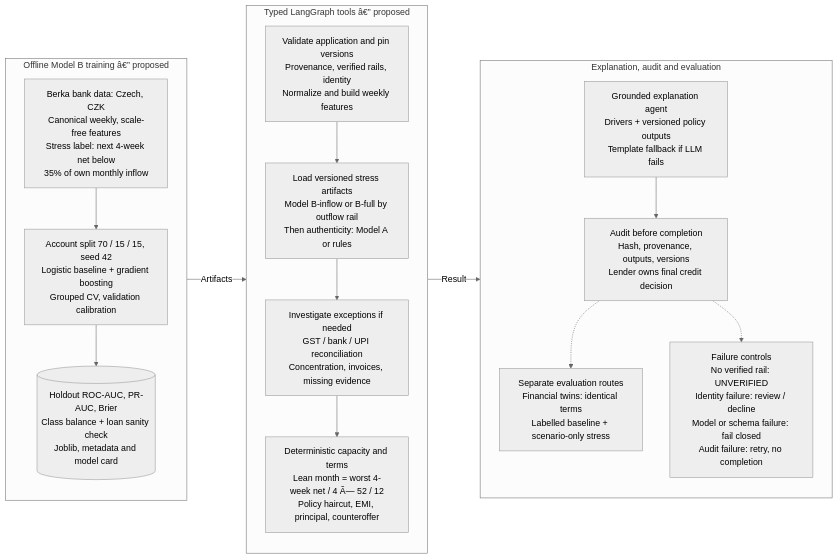
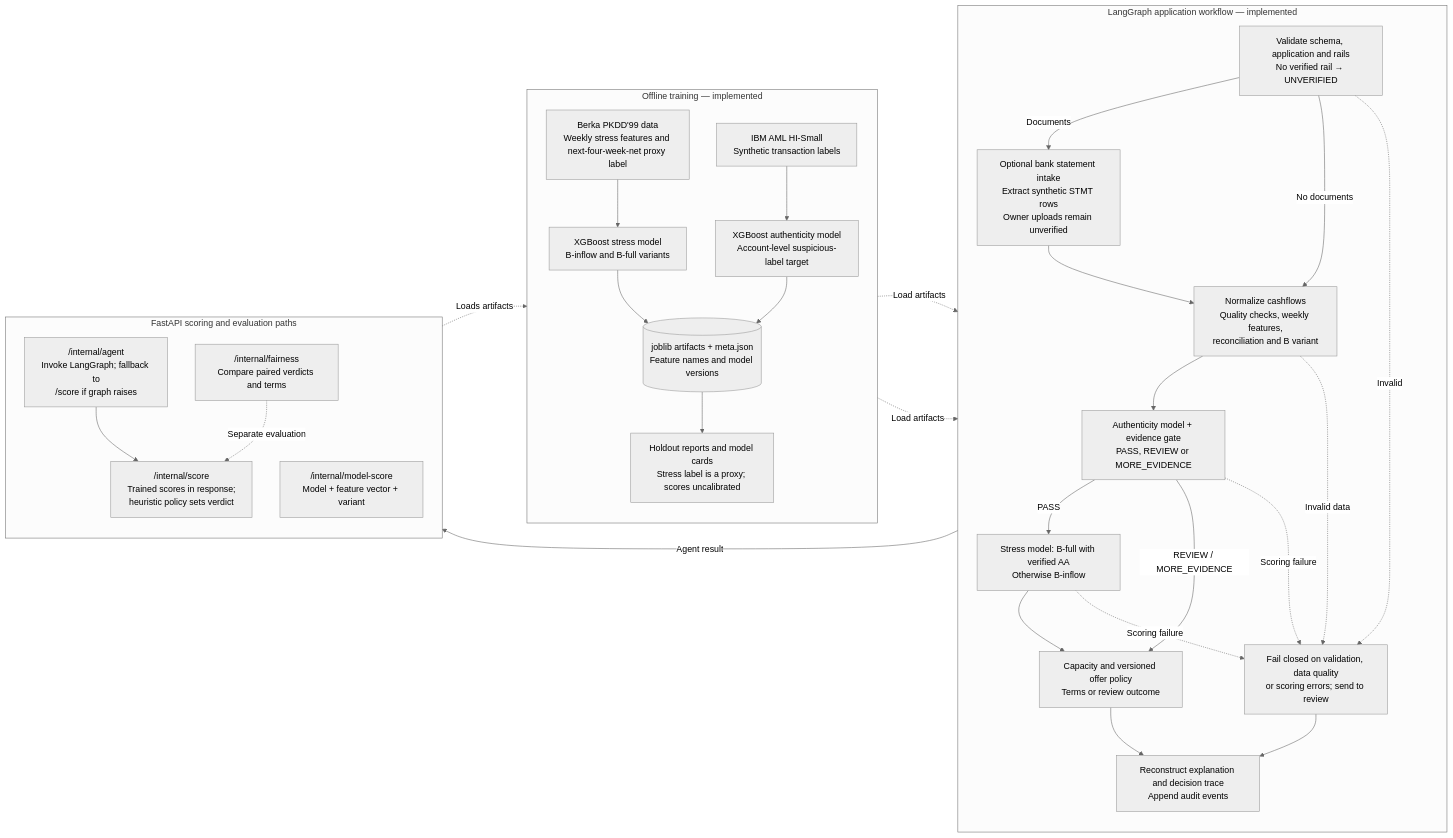
The third of 6 diagrams in docs/technical-architecture.md (Ansukr07/ModiFY_tech_habba), drawn with Mermaid (neutral theme) before and after one commit. The commit also changed other lines of this file and 13 other files, not shown here.

````diff
--- a/docs/technical-architecture.md
+++ b/docs/technical-architecture.md
@@ -71,30 +71,48 @@
 ```mermaid
 flowchart LR
-  subgraph TRAIN["Offline Model B training â€” proposed"]
+  subgraph TRAIN["Offline training — implemented"]
     direction TB
-    A["Berka bank data: Czech, CZK<br/>Canonical weekly, scale-free features<br/>Stress label: next 4-week net below<br/>35% of own monthly inflow"]
-    B["Account split 70 / 15 / 15, seed 42<br/>Logistic baseline + gradient boosting<br/>Grouped CV, validation calibration"]
-    C[("Holdout ROC-AUC, PR-AUC, Brier<br/>Class balance + loan sanity check<br/>Joblib, metadata and model card")]
-    A --> B --> C
+    A["Berka PKDD'99 data<br/>Weekly stress features and next-four-week-net proxy label"]
+    B["XGBoost stress model<br/>B-inflow and B-full variants"]
+    C["IBM AML HI-Small<br/>Synthetic transaction labels"]
+    D["XGBoost authenticity model<br/>Account-level suspicious-label target"]
+    E[("joblib artifacts + meta.json<br/>Feature names and model versions")]
+    F["Holdout reports and model cards<br/>Stress label is a proxy; scores uncalibrated"]
+    A --> B --> E
+    C --> D --> E
+    E --> F
   end
-  subgraph AGENT["Typed LangGraph tools â€” proposed"]
+  subgraph AGENT["LangGraph application workflow — implemented"]
     direction TB
-    D["Validate application and pin versions<br/>Provenance, verified rails, identity<br/>Normalize and build weekly features"]
-    E["Load versioned stress artifacts<br/>Model B-inflow or B-full by outflow rail<br/>Then authenticity: Model A or rules"]
-    F["Investigate exceptions if needed<br/>GST / bank / UPI reconciliation<br/>Concentration, invoices, missing evidence"]
-    G["Deterministic capacity and terms<br/>Lean month = worst 4-week net / 4 Ã— 52 / 12<br/>Policy haircut, EMI, principal, counteroffer"]
-    D --> E --> F --> G
+    G["Validate schema, application and rails<br/>No verified rail → UNVERIFIED"]
+    H["Optional bank statement intake<br/>Extract synthetic STMT rows<br/>Owner uploads remain unverified"]
+    I["Normalize cashflows<br/>Quality checks, weekly features,<br/>reconciliation and B variant"]
+    J["Authenticity model + evidence gate<br/>PASS, REVIEW or MORE_EVIDENCE"]
+    K["Stress model: B-full with verified AA<br/>Otherwise B-inflow"]
+    L["Capacity and versioned offer policy<br/>Terms or review outcome"]
+    M["Reconstruct explanation and decision trace<br/>Append audit events"]
+    N["Fail closed on validation, data quality<br/>or scoring errors; send to review"]
+    G -->|Documents| H --> I
+    G -->|No documents| I
+    I --> J
+    J -->|PASS| K --> L --> M
+    J -->|REVIEW / MORE_EVIDENCE| L
+    G -. Invalid .-> N --> M
+    I -. Invalid data .-> N
+    J -. Scoring failure .-> N
+    K -. Scoring failure .-> N
   end
-  subgraph DELIVERY["Explanation, audit and evaluation"]
+  subgraph SERVICE["FastAPI scoring and evaluation paths"]
     direction TB
-    H["Grounded explanation agent<br/>Drivers + versioned policy outputs<br/>Template fallback if LLM fails"]
-    I["Audit before completion<br/>Hash, provenance, outputs, versions<br/>Lender owns final credit decision"]
-    J["Separate evaluation routes<br/>Financial twins: identical terms<br/>Labelled baseline + scenario-only stress"]
-    H --> I
-    I -.-> J
-  N["Failure controls<br/>No verified rail: UNVERIFIED<br/>Identity failure: review / decline<br/>Model or schema failure: fail closed<br/>Audit failure: retry, no completion"]
-    I -.-> N
+    O["/internal/score<br/>Trained scores in response;<br/>heuristic policy sets verdict"]
+    P["/internal/agent<br/>Invoke LangGraph; fallback to<br/>/score if graph raises"]
+    Q["/internal/model-score<br/>Model + feature vector + variant"]
+    R["/internal/fairness<br/>Compare paired verdicts and terms"]
+    P --> O
+    Q -. Loads artifacts .-> E
+    R -. Separate evaluation .-> O
   end
-  TRAIN -->|"Artifacts"| AGENT
-  AGENT -->|"Result"| DELIVERY
+  E -. Load artifacts .-> J
+  E -. Load artifacts .-> K
+  AGENT -->|Agent result| P
 ```
````
